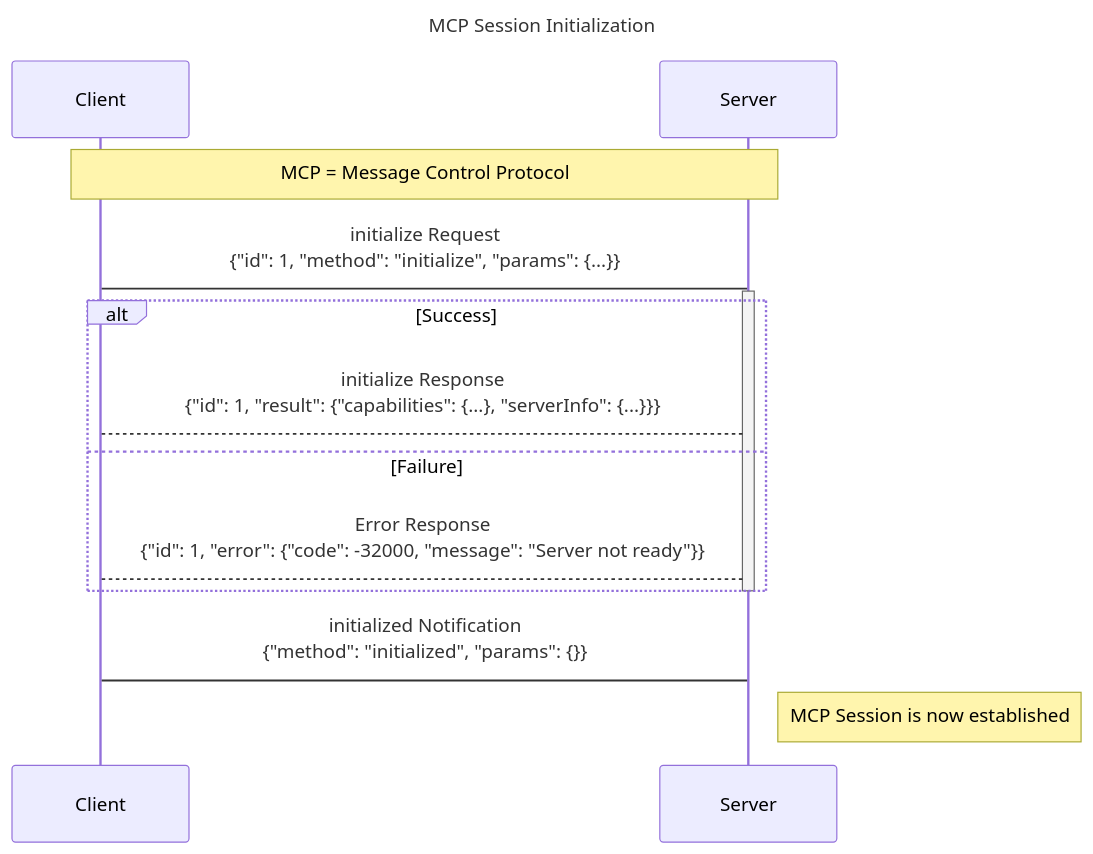
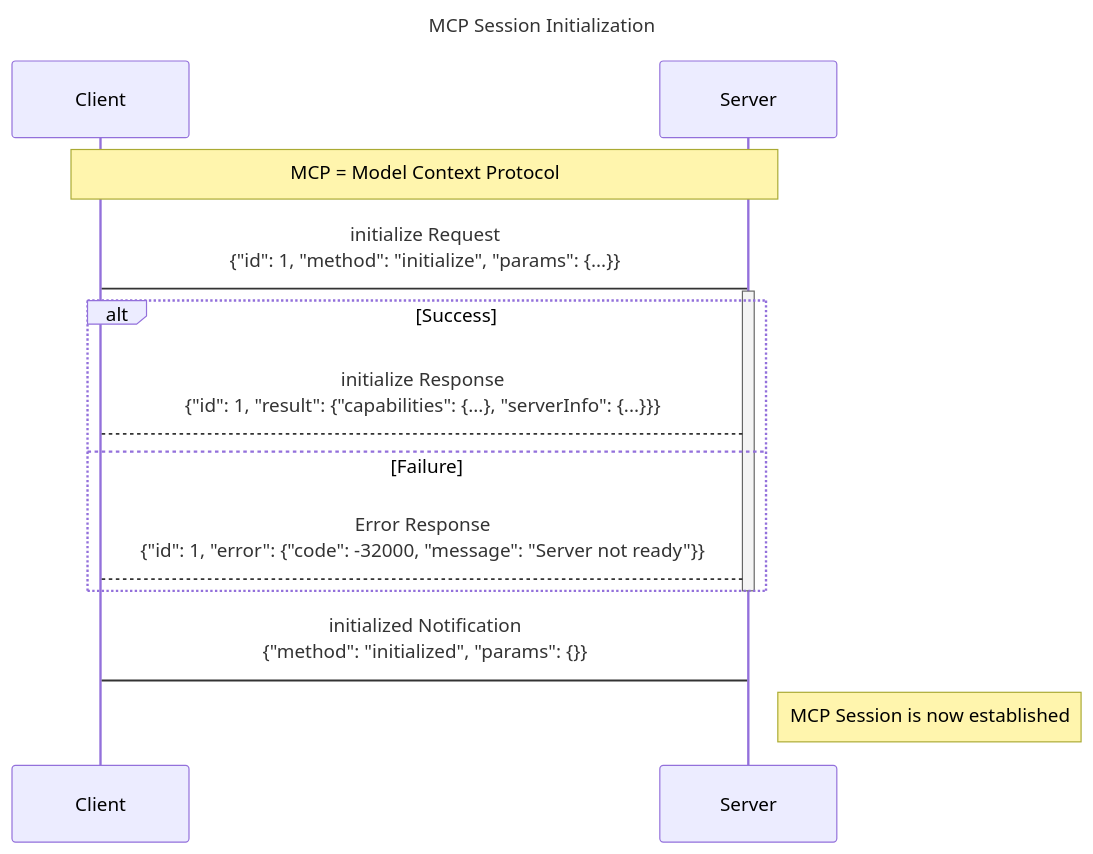
The second of 4 diagrams in content/blog/model-context-protocol/mcp-protocol-mechanics-and-architecture/index.md (PradeepLoganathan/pradeepl-blog), drawn with Mermaid before and after one commit. The commit also changed other lines of this file and 6 other files, not shown here.

```diff
--- a/content/blog/model-context-protocol/mcp-protocol-mechanics-and-architecture/index.md
+++ b/content/blog/model-context-protocol/mcp-protocol-mechanics-and-architecture/index.md
@@ -191,21 +196,21 @@
 {{< mermaid >}}
 sequenceDiagram
     title MCP Session Initialization
     participant Client
     participant Server
 
-    Note over Client,Server: MCP = Message Control Protocol
+    Note over Client,Server: MCP = Model Context Protocol
 
     Client->Server: initialize Request<br>{"id": 1, "method": "initialize", "params": {...}}
     activate Server
     alt Success
         Server-->Client: initialize Response<br>{"id": 1, "result": {"capabilities": {...}, "serverInfo": {...}}}
     else Failure
         Server-->Client: Error Response<br>{"id": 1, "error": {"code": -32000, "message": "Server not ready"}}
     end
     deactivate Server
 
     Client->Server: initialized Notification<br>{"method": "initialized", "params": {}}
 
     Note right of Server: MCP Session is now established
 {{< /mermaid >}}
```
